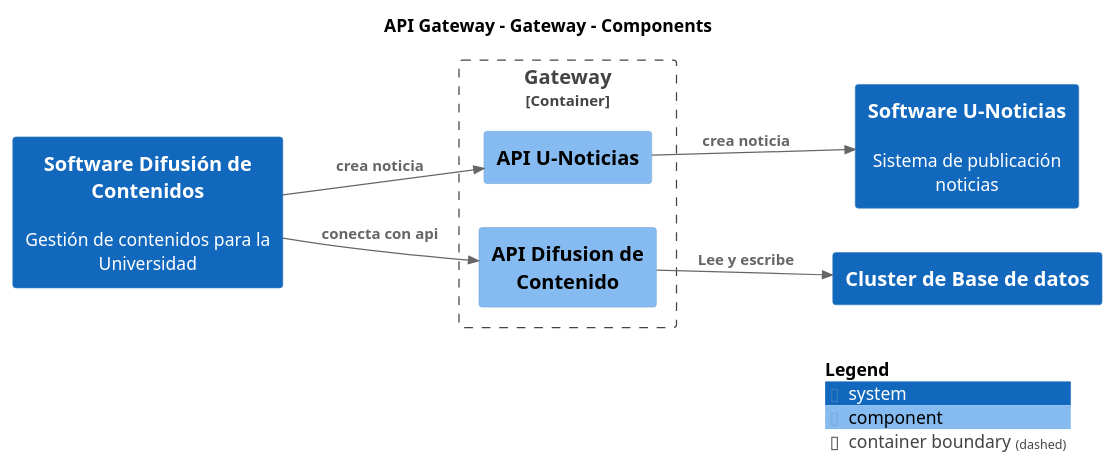
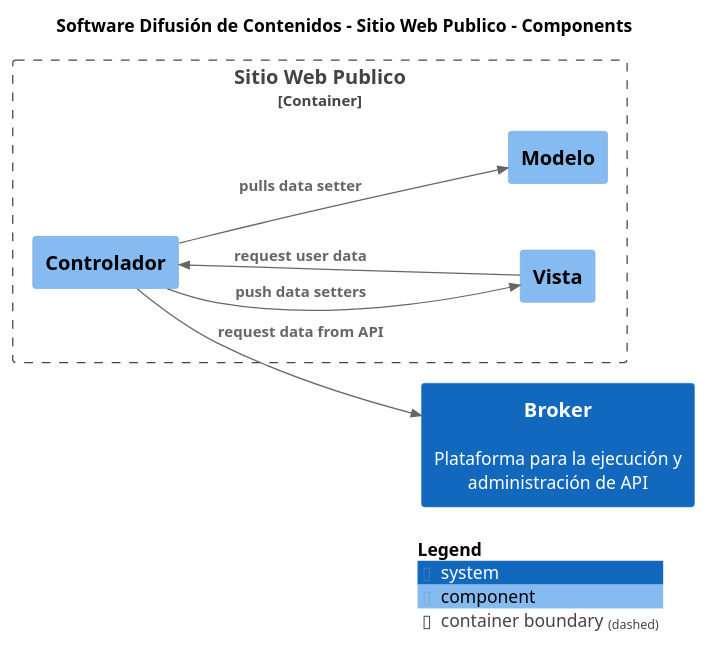
Before and after one commit to nbrx/c4-dcc-arq: the diagram in build/site/master/puml/Component-001.puml, drawn with PlantUML. The commit also changed 349 other files, not shown here.

```diff
--- a/build/site/master/puml/Component-001.puml
+++ b/build/site/master/puml/Component-001.puml
@@ -1,26 +1,25 @@
 @startuml
 set separator none
-title API Gateway - Gateway - Components
+title Software Difusión de Contenidos - Sitio Web Publico - Components
 
 left to right direction
 
 !include <C4/C4>
 !include <C4/C4_Context>
 !include <C4/C4_Component>
 
-System(SoftwareUNoticias, "Software U-Noticias", "Sistema de publicación noticias", $tags="")
-System(ClusterdeBasededatos, "Cluster de Base de datos", "", $tags="")
-System(SoftwareDifusióndeContenidos, "Software Difusión de Contenidos", "Gestión de contenidos para la Universidad", $tags="")
+System(Broker, "Broker", "Plataforma para la ejecución y administración de API", $tags="")
 
-Container_Boundary("APIGateway.Gateway_boundary", "Gateway", $tags="") {
-  Component(APIGateway.Gateway.APIUNoticias, "API U-Noticias", "", $tags="")
-  Component(APIGateway.Gateway.APIDifusiondeContenido, "API Difusion de Contenido", "", $tags="")
+Container_Boundary("SoftwareDifusióndeContenidos.SitioWebPublico_boundary", "Sitio Web Publico", $tags="") {
+  Component(SoftwareDifusióndeContenidos.SitioWebPublico.Modelo, "Modelo", "", $tags="")
+  Component(SoftwareDifusióndeContenidos.SitioWebPublico.Vista, "Vista", "", $tags="")
+  Component(SoftwareDifusióndeContenidos.SitioWebPublico.Controlador, "Controlador", "", $tags="")
 }
 
-Rel_D(APIGateway.Gateway.APIUNoticias, SoftwareUNoticias, "crea noticia", $tags="")
-Rel_D(SoftwareDifusióndeContenidos, APIGateway.Gateway.APIDifusiondeContenido, "conecta con api", $tags="")
-Rel_D(APIGateway.Gateway.APIDifusiondeContenido, ClusterdeBasededatos, "Lee y escribe", $tags="")
-Rel_D(SoftwareDifusióndeContenidos, APIGateway.Gateway.APIUNoticias, "crea noticia", $tags="")
+Rel_D(SoftwareDifusióndeContenidos.SitioWebPublico.Controlador, SoftwareDifusióndeContenidos.SitioWebPublico.Modelo, "pulls data setter", $tags="")
+Rel_D(SoftwareDifusióndeContenidos.SitioWebPublico.Controlador, SoftwareDifusióndeContenidos.SitioWebPublico.Vista, "push data setters", $tags="")
+Rel_D(SoftwareDifusióndeContenidos.SitioWebPublico.Vista, SoftwareDifusióndeContenidos.SitioWebPublico.Controlador, "request user data", $tags="")
+Rel_D(SoftwareDifusióndeContenidos.SitioWebPublico.Controlador, Broker, "request data from API", $tags="")
 
 SHOW_LEGEND(true)
 @enduml
```
